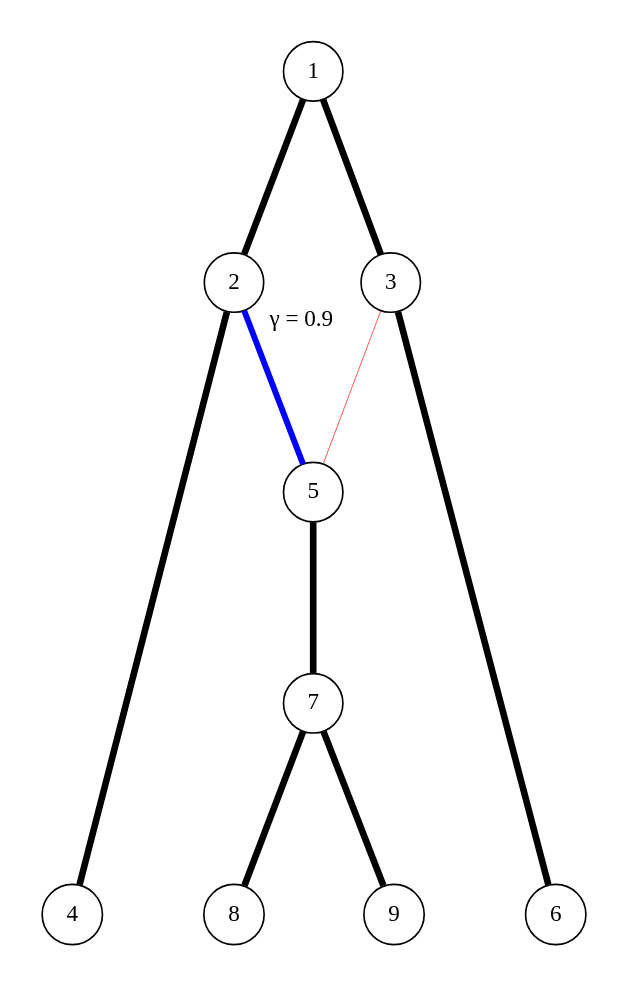
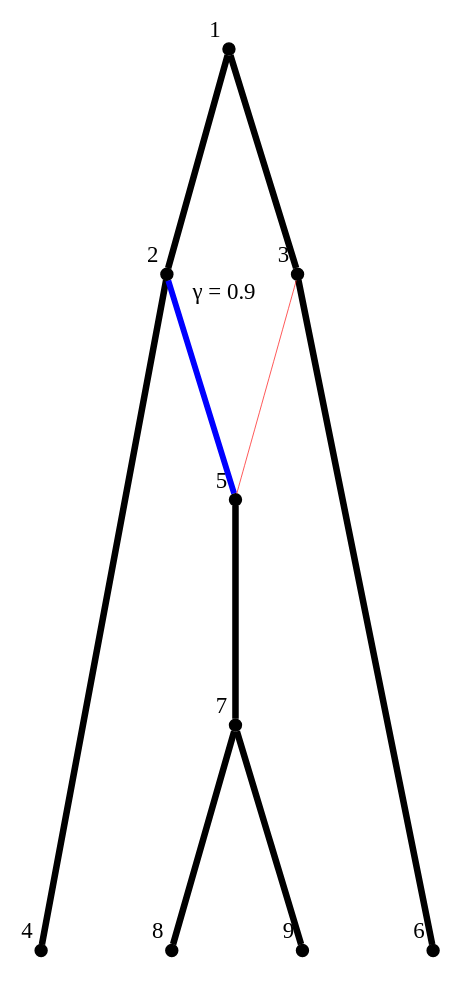
Before and after one commit to JuliaPhylo/PhyloNetworks.jl: the diagram in visualization/drawCF.dot, drawn with Graphviz. The commit also changed 6 other files, not shown here.

```diff
--- a/visualization/drawCF.dot
+++ b/visualization/drawCF.dot
@@ -1,29 +1,33 @@
 Graph { 
 labelloc=b 
     ratio="expand"; 
     size="8 ,5"; 
-    node [shape = circle] 
+    node [shape = point] 
     rank=max 1 
      subgraph    { 4 , 6 , 8 , 9 } 
-    4 [label=4] [shape = circle] [height = 0.1] 
-    6 [label=6] [shape = circle] [height = 0.1] 
-    8 [label=8] [shape = circle] [height = 0.1] 
-    9 [label=9] [shape = circle] [height = 0.1] 
- 
+    1 [xlabel=1] [shape = point] [height = 0.1] 
+    2 [xlabel=2] [shape = point] [height = 0.1] 
+    3 [xlabel=3] [shape = point] [height = 0.1] 
+    4 [xlabel=4] [shape = point] [height = 0.1] 
+    5 [xlabel=5] [shape = point] [height = 0.1] 
+    6 [xlabel=6] [shape = point] [height = 0.1] 
+    7 [xlabel=7] [shape = point] [height = 0.1] 
+    8 [xlabel=8] [shape = point] [height = 0.1] 
+    9 [xlabel=9] [shape = point] [height = 0.1] 
      1 -- 2 [penwidth=4]; 
      2 -- 4 [penwidth=4]; 
      2 -- 5
                                     [color=blue]
                                     [penwidth=3.6]
                                     [taillabel=" &gamma; = 0.9"]
                                     [labeldistance = 3.5]
                                     [labelangle=60.0]; 
      5 -- 7 [penwidth=4]; 
      7 -- 8 [penwidth=4]; 
      7 -- 9 [penwidth=4]; 
      1 -- 3 [penwidth=4]; 
      3 -- 5
                                     [color=red]
                                     [penwidth=0.4]; 
      3 -- 6 [penwidth=4]; 
 }
```
